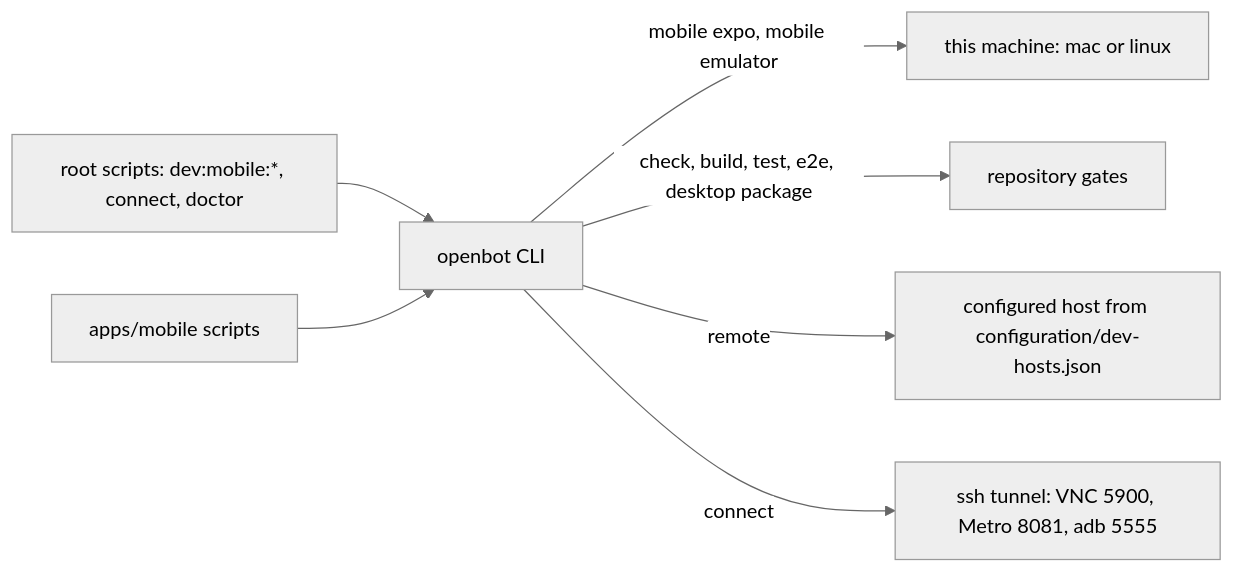
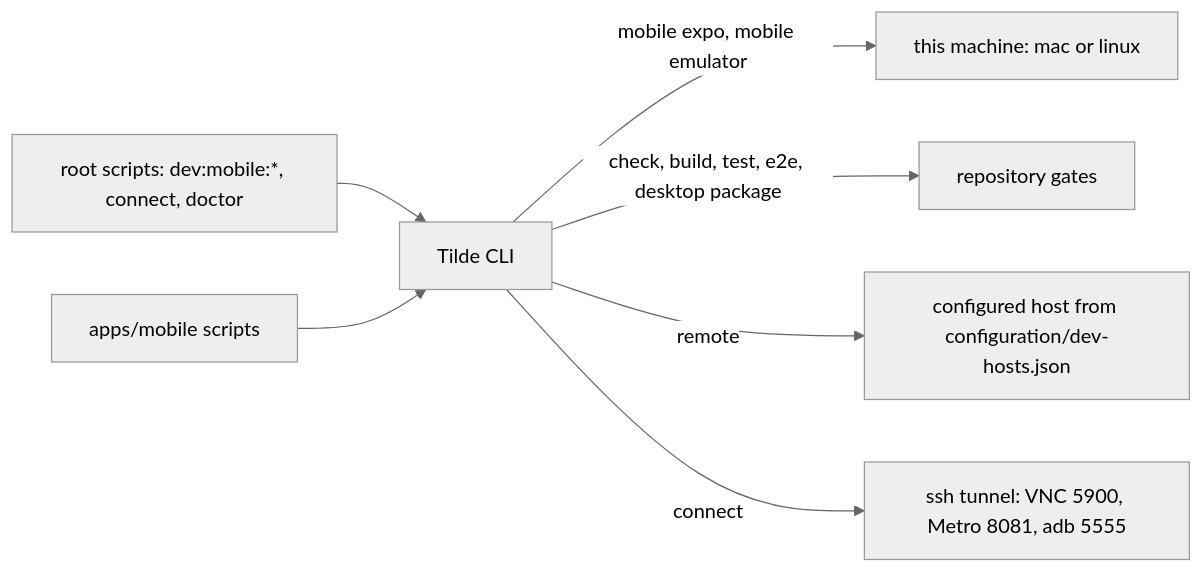
Before and after one commit to trytilde/dispatch: the diagram in docs/adrs/0018-developer-workflow-cli.md, drawn with Mermaid (neutral theme). The commit also changed other lines of this file and 668 other files, not shown here.

````diff
--- a/docs/adrs/0018-developer-workflow-cli.md
+++ b/docs/adrs/0018-developer-workflow-cli.md
@@ -65,9 +65,9 @@
 ```mermaid
 flowchart LR
-  R["root scripts: dev:mobile:*, connect, doctor"] --> C["openbot CLI"]
+  R["root scripts: dev:mobile:*, connect, doctor"] --> C["Tilde CLI"]
   M["apps/mobile scripts"] --> C
   C -->|"mobile expo, mobile emulator"| L["this machine: mac or linux"]
   C -->|"check, build, test, e2e, desktop package"| G["repository gates"]
   C -->|"remote <host>"| H["configured host from configuration/dev-hosts.json"]
   C -->|"connect <host>"| T["ssh tunnel: VNC 5900, Metro 8081, adb 5555"]
 ```
````
